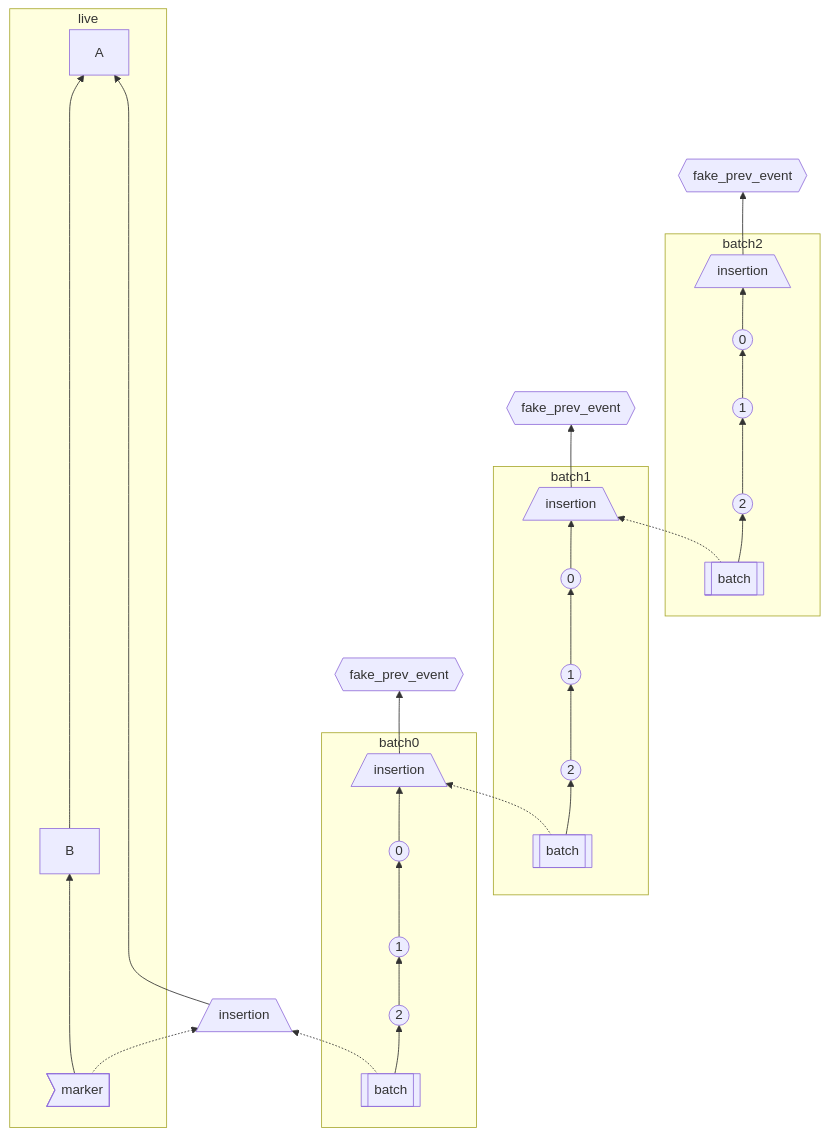
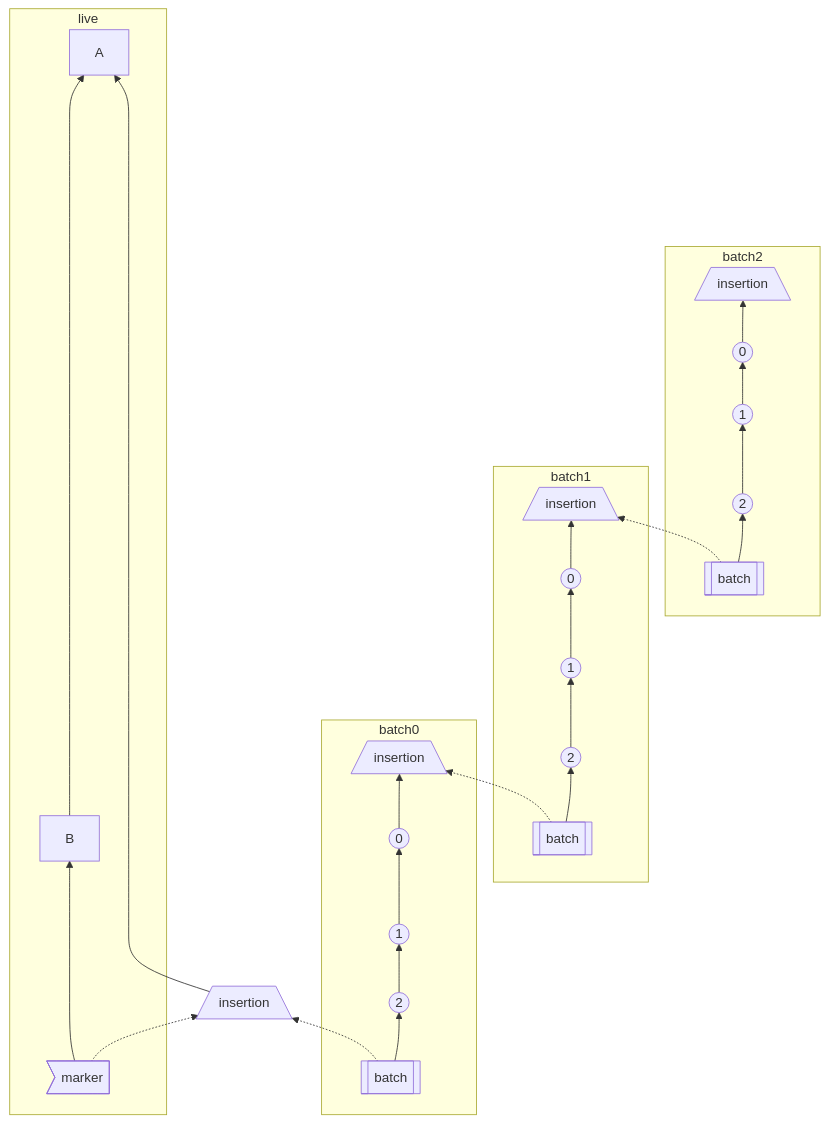
Before and after one commit to matrix-org/matrix-spec-proposals: the third of 4 diagrams in proposals/2716-batch-send-historical-messages.md, drawn with Mermaid. The commit also changed other lines of this file, not shown here.

First line of the commit message:
Prefer empty prev_events=[] over fake prev_events

````diff
--- a/proposals/2716-batch-send-historical-messages.md
+++ b/proposals/2716-batch-send-historical-messages.md
@@ -468,30 +471,32 @@
 ```mermaid
 flowchart BT
     subgraph live
         marker1>"marker"] ----> B -----------------> A
     end
     
     subgraph batch0
         batch0-batch[["batch"]] --> batch0-2(("2")) --> batch0-1((1)) --> batch0-0((0)) --> batch0-insertion[/insertion\]
     end
 
     subgraph batch1
         batch1-batch[["batch"]] --> batch1-2(("2")) --> batch1-1((1)) --> batch1-0((0)) --> batch1-insertion[/insertion\]
     end
     
     subgraph batch2
         batch2-batch[["batch"]] --> batch2-2(("2")) --> batch2-1((1)) --> batch2-0((0)) --> batch2-insertion[/insertion\]
     end
 
-
-    batch0-insertion --> fakePrevEvent0{{fake_prev_event}}
-    batch1-insertion --> fakePrevEvent1{{fake_prev_event}}
-    batch2-insertion --> fakePrevEvent2{{fake_prev_event}}
-
     
     marker1 -.-> batch0-insertionBase
     batch0-insertionBase[/insertion\] ---------------> A
     batch0-batch -.-> batch0-insertionBase[/insertion\]
     batch1-batch -.-> batch0-insertion
     batch2-batch -.-> batch1-insertion
+
+
+    %% alignment links 
+    batch2-insertion --- alignment1
+    %% make the alignment links/nodes invisible
+    style alignment1 visibility: hidden,color:transparent;
+    linkStyle 19 stroke-width:2px,fill:none,stroke:none;
 ```
````
